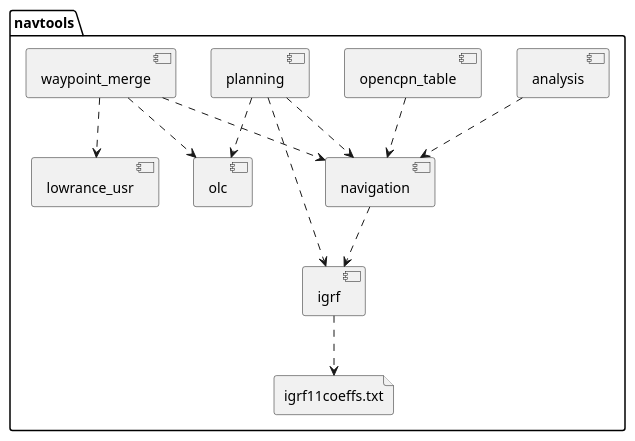
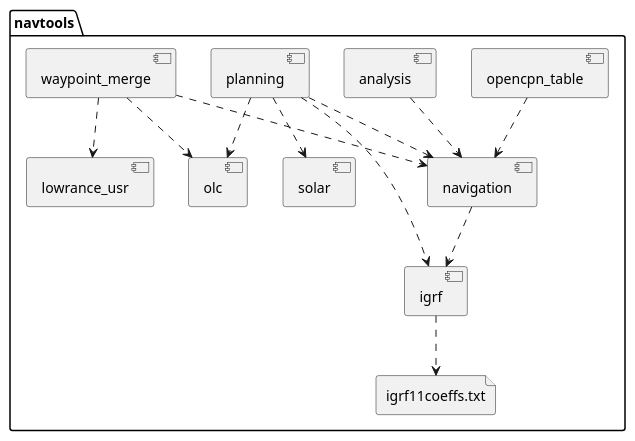
Before and after one commit to slott56/navtools: the sixth of 6 diagrams in docs/introduction.rst, drawn with PlantUML. The commit also changed other lines of this file and 79 other files, not shown here.

```diff
--- a/docs/introduction.rst
+++ b/docs/introduction.rst
@@ -567,28 +567,30 @@
 ..  uml::
 
     @startuml
     'components'
     top to bottom direction
 
     package navtools {
         [planning]
         [opencpn_table]
         [analysis]
         [waypoint_merge]
         [lowrance_usr]
         [olc]
         [navigation]
         [igrf]
+        [solar]
         file "igrf11coeffs.txt" as coefs
     }
     [planning] ..> [navigation]
     [planning] ..> [olc]
     [opencpn_table] ..> [navigation]
     [analysis] ..> [navigation]
     [waypoint_merge] ..> [navigation]
     [waypoint_merge] ..> [lowrance_usr]
     [waypoint_merge] ..> [olc]
     [navigation] ..> [igrf]
     [planning] ..> [igrf]
     [igrf] ..> coefs
+    [planning] ..> [solar]
     @enduml
```
